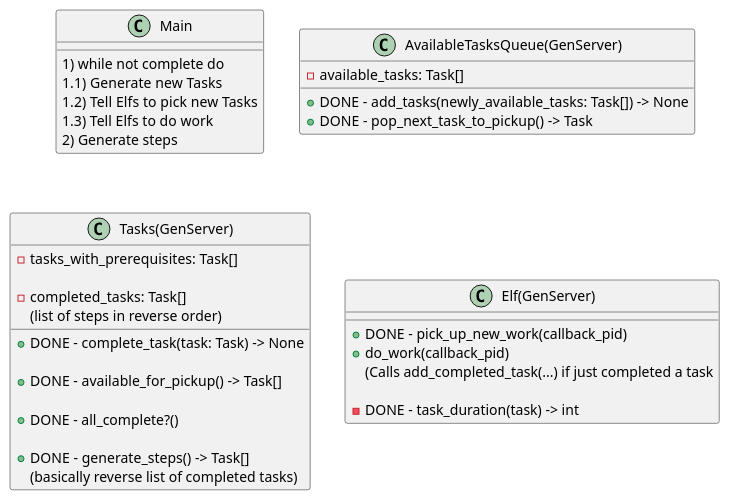
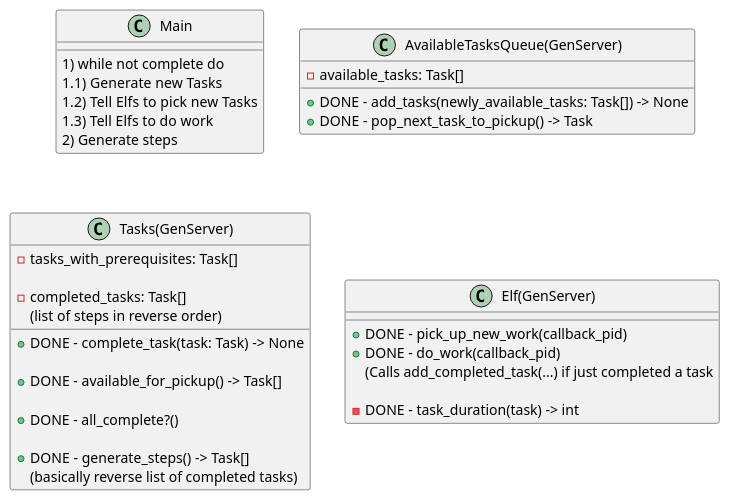
One commit to HelloThisIsFlo/AdventOfCode changed the diagram in 2018/elixir/solutions/lib/solution/day_7_2.puml. Above: the diagram before and after it, drawn with PlantUML. The commit also changed 4 other files, not shown here.

```diff
--- a/2018/elixir/solutions/lib/solution/day_7_2.puml
+++ b/2018/elixir/solutions/lib/solution/day_7_2.puml
@@ -1,43 +1,43 @@
 @startuml Day7.2
 
 
 class Main {
     1) while not complete do
     1.1) Generate new Tasks
     1.2) Tell Elfs to pick new Tasks
     1.3) Tell Elfs to do work
     2) Generate steps
 }
 
 class AvailableTasksQueue(GenServer) {
     - available_tasks: Task[]
     + DONE - add_tasks(newly_available_tasks: Task[]) -> None
     + DONE - pop_next_task_to_pickup() -> Task
 }
 
 class Tasks(GenServer) {
     - {field} tasks_with_prerequisites: Task[]
 
     - {field} completed_tasks: Task[]
       {field} (list of steps in reverse order)
 
     + DONE - complete_task(task: Task) -> None
 
     + DONE - available_for_pickup() -> Task[]
 
     + DONE - all_complete?()
     
     + DONE - generate_steps() -> Task[] 
       (basically reverse list of completed tasks)
 }
 
 class Elf(GenServer) {
     + DONE - pick_up_new_work(callback_pid)
-    + do_work(callback_pid)
+    + DONE - do_work(callback_pid)
     {method} (Calls add_completed_task(...) if just completed a task
 
     - DONE - task_duration(task) -> int
 }
 
 
 @enduml
```
